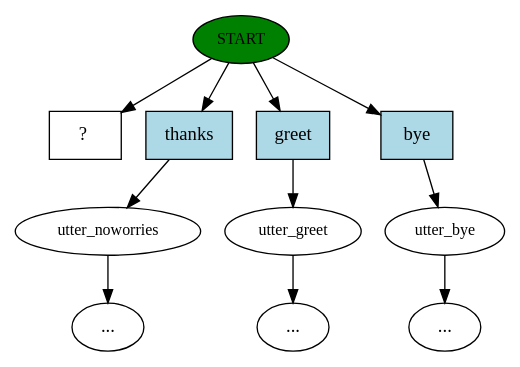
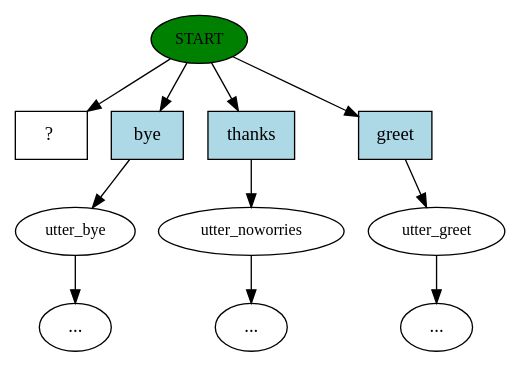
The diagram in story_graph.dot (fkangichu/chatbot), drawn with Graphviz before and after one commit. The commit also changed 14 other files, not shown here.

```diff
--- a/story_graph.dot
+++ b/story_graph.dot
@@ -1,23 +1,23 @@
 digraph "" {
 0 [class="start active", fillcolor=green, fontsize=12, label=START, style=filled];
-1 [class="", fontsize=12, label=utter_noworries];
+1 [class="", fontsize=12, label=utter_bye];
 "-3" [class=ellipsis, label="..."];
-2 [class="", fontsize=12, label=utter_greet];
+2 [class="", fontsize=12, label=utter_noworries];
 "-4" [class=ellipsis, label="..."];
-3 [class="", fontsize=12, label=utter_bye];
+3 [class="", fontsize=12, label=utter_greet];
 "-5" [class=ellipsis, label="..."];
 4 [class="intent dashed active", label="  ?  ", shape=rect];
-5 [class=intent, fillcolor=lightblue, label=thanks, shape=rect, style=filled];
-6 [class=intent, fillcolor=lightblue, label=greet, shape=rect, style=filled];
-7 [class=intent, fillcolor=lightblue, label=bye, shape=rect, style=filled];
+5 [class=intent, fillcolor=lightblue, label=bye, shape=rect, style=filled];
+6 [class=intent, fillcolor=lightblue, label=thanks, shape=rect, style=filled];
+7 [class=intent, fillcolor=lightblue, label=greet, shape=rect, style=filled];
 0 -> 4  [class=active, key=NONE, label=""];
 0 -> 5  [class="", key=0];
 0 -> 6  [class="", key=0];
 0 -> 7  [class="", key=0];
 1 -> "-3"  [class="", key=NONE, label=""];
 2 -> "-4"  [class="", key=NONE, label=""];
 3 -> "-5"  [class="", key=NONE, label=""];
 5 -> 1  [class="", key=0];
 6 -> 2  [class="", key=0];
 7 -> 3  [class="", key=0];
 }
```
